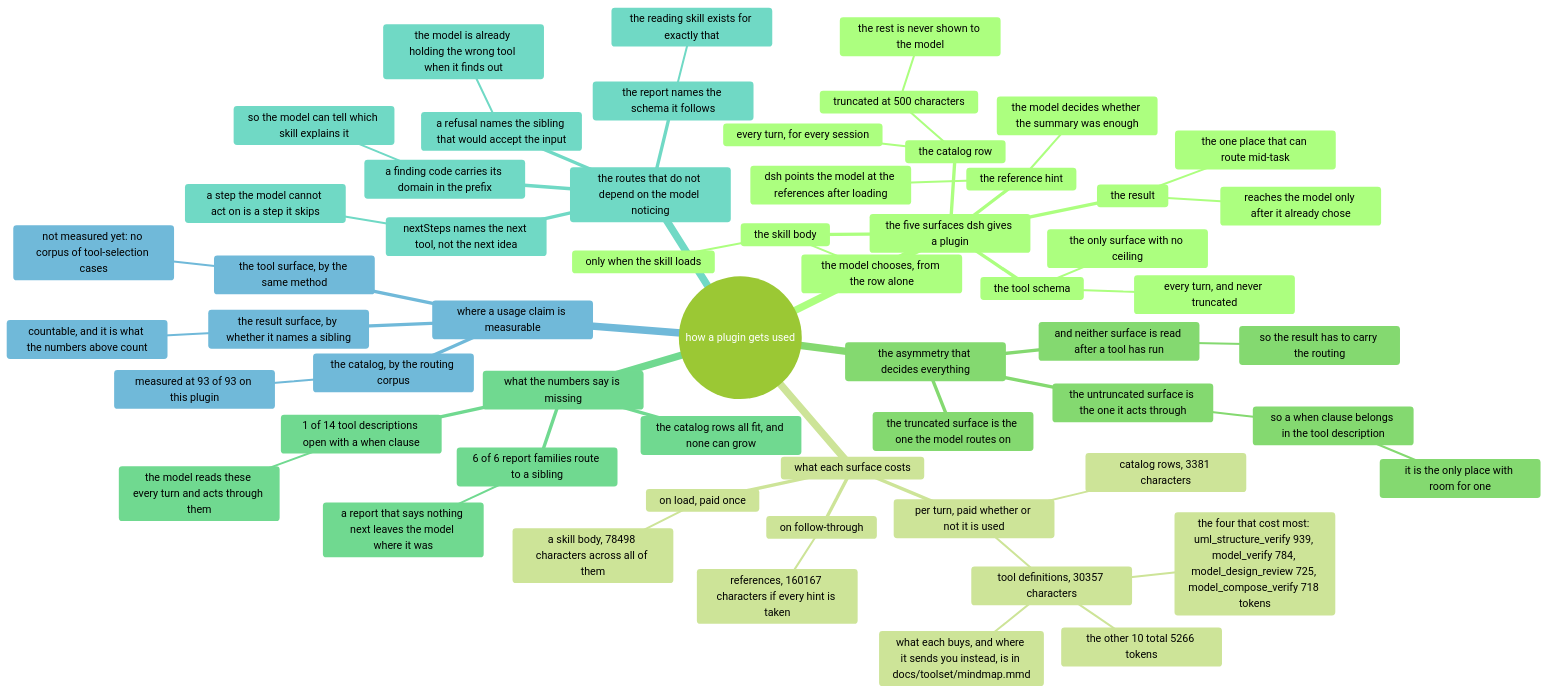
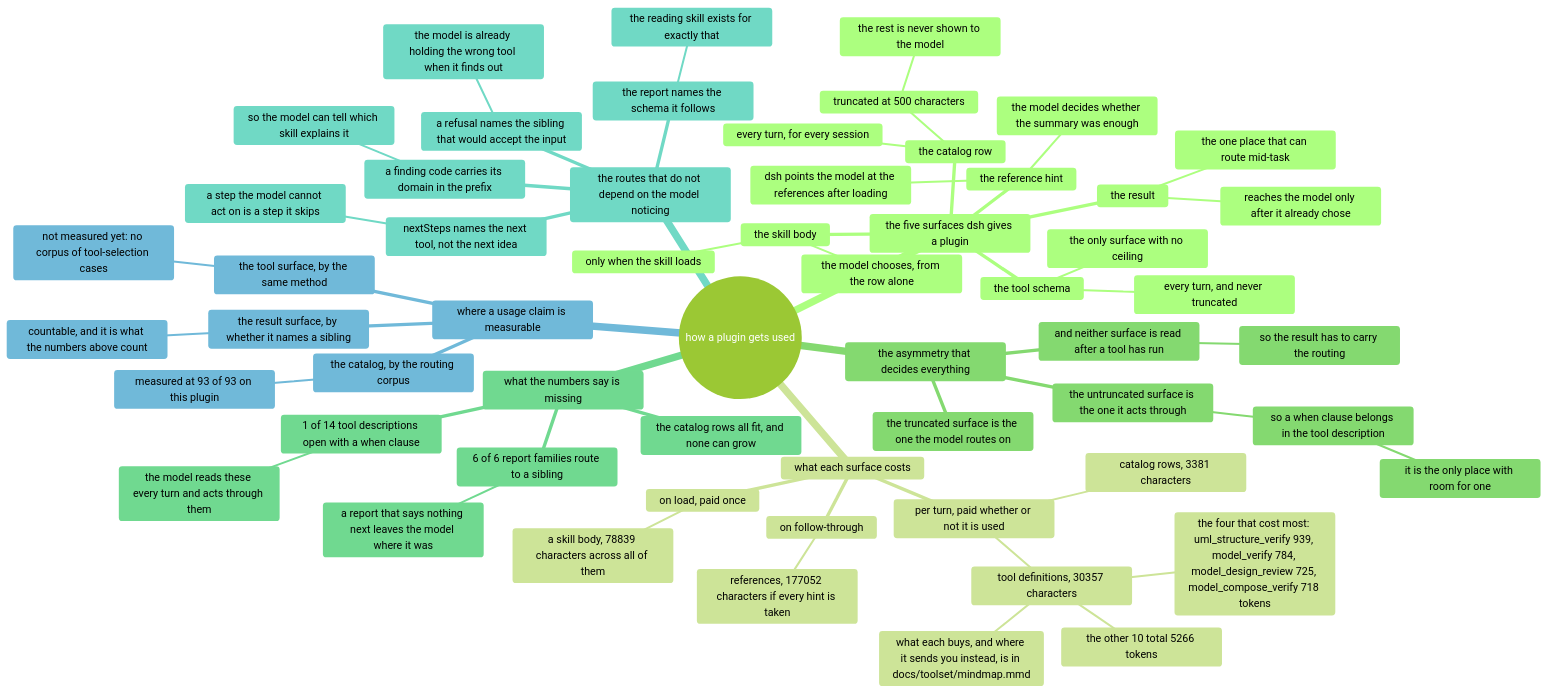
The diagram in docs/usage/mindmap.mmd (AmethystLuna/dsh-model-everything), drawn with Mermaid (forest theme) before and after one commit. The commit also changed 13 other files, not shown here.

```diff
--- a/docs/usage/mindmap.mmd
+++ b/docs/usage/mindmap.mmd
@@ -1,59 +1,59 @@
 mindmap
 root((how a plugin gets used))
   the five surfaces dsh gives a plugin
     the catalog row
       every turn, for every session
       truncated at 500 characters
         the rest is never shown to the model
     the skill body
       only when the skill loads
       the model chooses, from the row alone
     the reference hint
       dsh points the model at the references after loading
       the model decides whether the summary was enough
     the tool schema
       every turn, and never truncated
       the only surface with no ceiling
     the result
       reaches the model only after it already chose
       the one place that can route mid-task
   what each surface costs
     per turn, paid whether or not it is used
       catalog rows, 3381 characters
       tool definitions, 30357 characters
         the four that cost most: uml_structure_verify 939, model_verify 784, model_design_review 725, model_compose_verify 718 tokens
         the other 10 total 5266 tokens
         what each buys, and where it sends you instead, is in docs/toolset/mindmap.mmd
     on load, paid once
-      a skill body, 78498 characters across all of them
+      a skill body, 78839 characters across all of them
     on follow-through
-      references, 160167 characters if every hint is taken
+      references, 177052 characters if every hint is taken
   the asymmetry that decides everything
     the truncated surface is the one the model routes on
     the untruncated surface is the one it acts through
       so a when clause belongs in the tool description
         it is the only place with room for one
     and neither surface is read after a tool has run
       so the result has to carry the routing
   what the numbers say is missing
     1 of 14 tool descriptions open with a when clause
       the model reads these every turn and acts through them
     6 of 6 report families route to a sibling
       a report that says nothing next leaves the model where it was
     the catalog rows all fit, and none can grow
   the routes that do not depend on the model noticing
     a refusal names the sibling that would accept the input
       the model is already holding the wrong tool when it finds out
     nextSteps names the next tool, not the next idea
       a step the model cannot act on is a step it skips
     a finding code carries its domain in the prefix
       so the model can tell which skill explains it
     the report names the schema it follows
       the reading skill exists for exactly that
   where a usage claim is measurable
     the catalog, by the routing corpus
       measured at 93 of 93 on this plugin
     the tool surface, by the same method
       not measured yet: no corpus of tool-selection cases
     the result surface, by whether it names a sibling
       countable, and it is what the numbers above count
```
